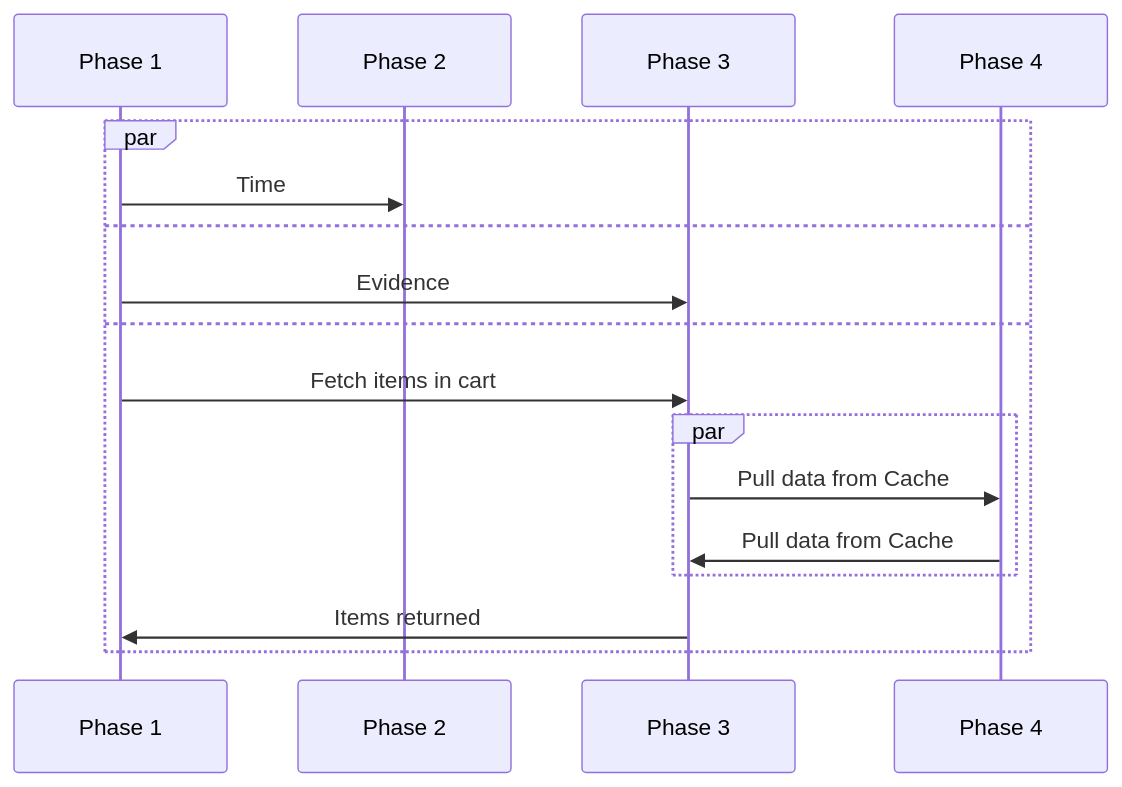
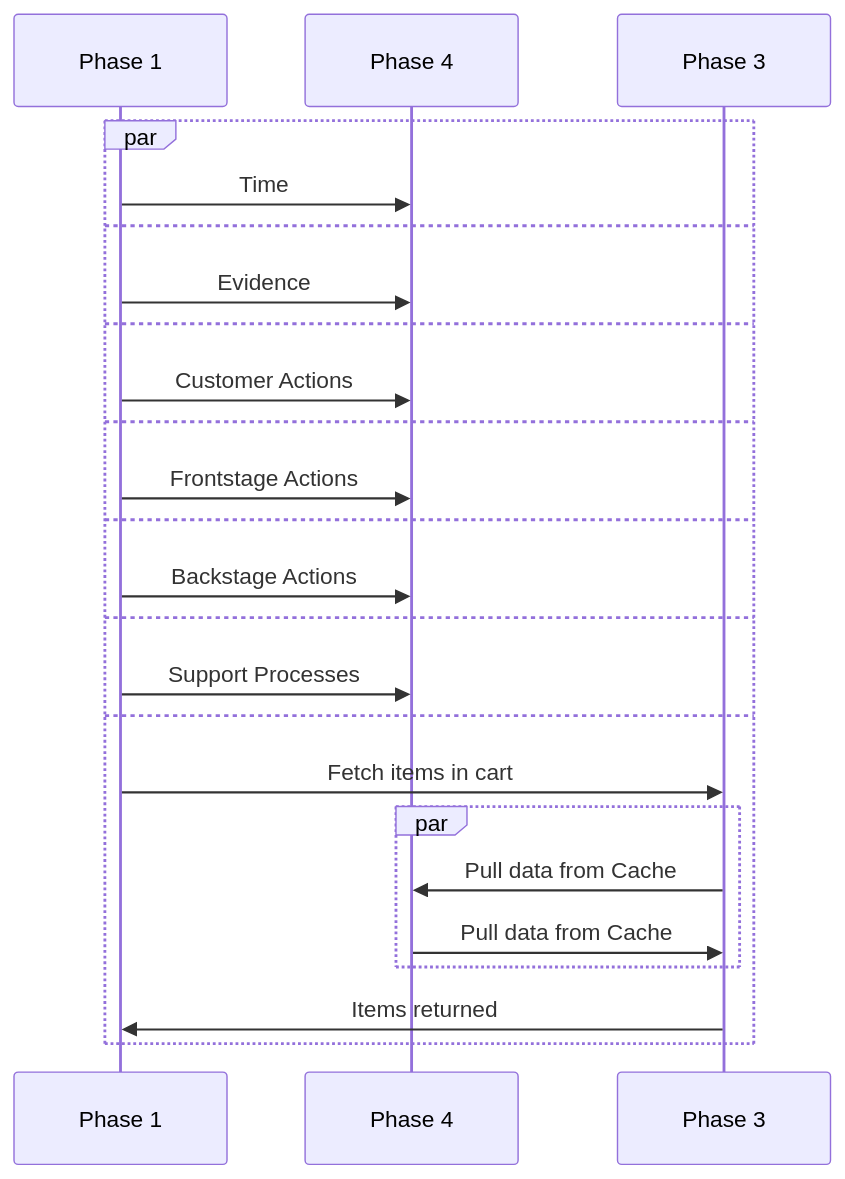
The second of 2 diagrams in blueprint.md (mgifford/mermaid-graphs), drawn with Mermaid before and after one commit.

````diff
--- a/blueprint.md
+++ b/blueprint.md
@@ -23,15 +23,23 @@
 ```mermaid
 sequenceDiagram
     par 
-        Phase 1->>Phase 2: Time
+        Phase 1->>Phase 4: Time
     and
-        Phase 1->>Phase 3: Evidence
-    and 
+        Phase 1->>Phase 4: Evidence
+    and
+        Phase 1->>Phase 4: Customer Actions
+    and
+        Phase 1->>Phase 4: Frontstage Actions
+    and
+        Phase 1->>Phase 4: Backstage Actions
+    and
+        Phase 1->>Phase 4: Support Processes
+    and
         Phase 1->>Phase 3: Fetch items in cart
         par 
             Phase 3->>Phase 4: Pull data from Cache
             Phase 4->>Phase 3: Pull data from Cache
         end
         Phase 3->>Phase 1: Items returned
     end
 ```
````
